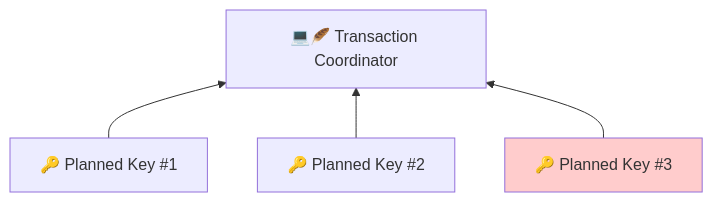
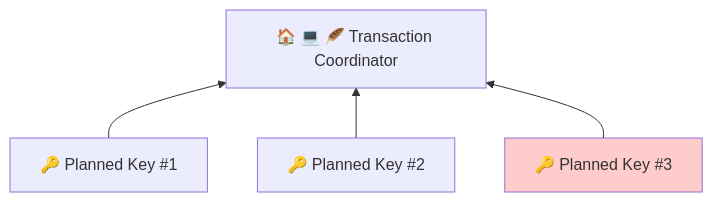
The eighth of 19 diagrams in Docs/Scenario-Multisig.md (BlockchainCommons/SmartCustody), drawn with Mermaid before and after one commit. The commit also changed other lines of this file, not shown here.

````diff
--- a/Docs/Scenario-Multisig.md
+++ b/Docs/Scenario-Multisig.md
@@ -283,12 +283,12 @@
 ```mermaid
     graph BT;
-    A["💻🪶 Transaction Coordinator"]
+    A["🏠 💻 🪶 Transaction Coordinator"]
     B["🔑 Planned Key #1"]
     C["🔑 Planned Key #2"]
     D["🔑 Planned Key #3"]    
     B-->A;
     C-->A;
     D-->A;
     
 style D fill:#ffcccc;
 ```
````
